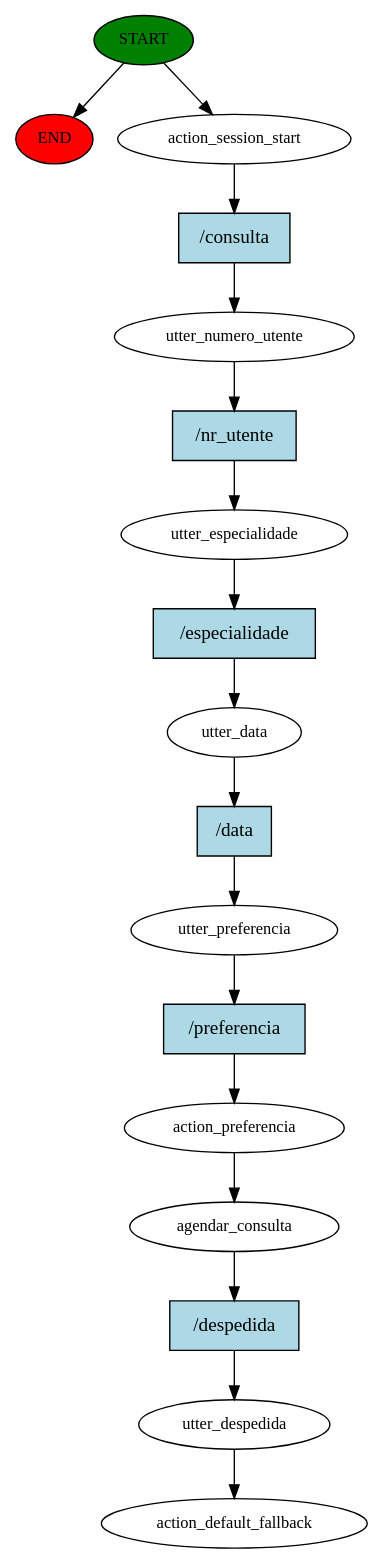
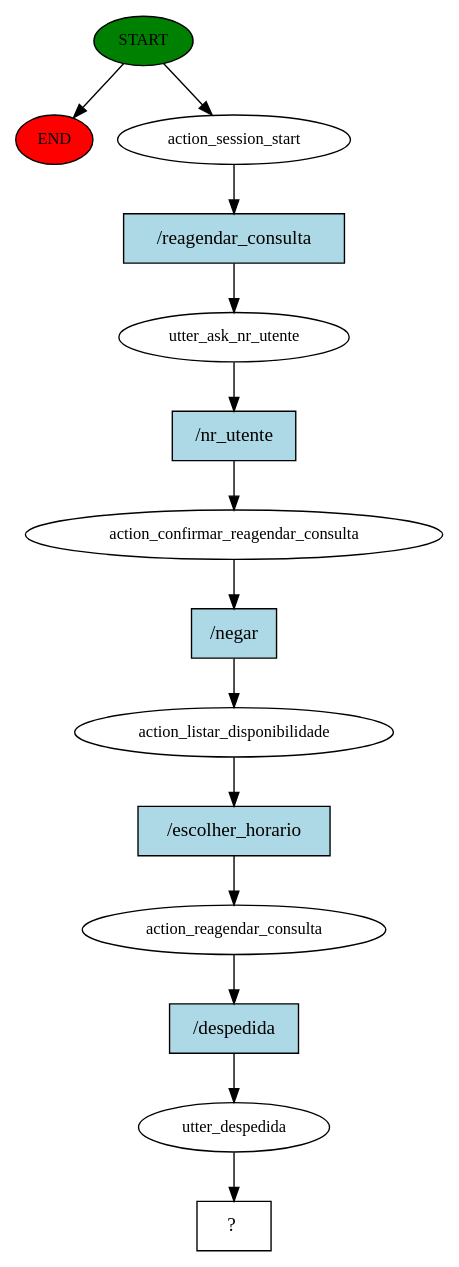
One commit to mariana27oliveira/AmbInt changed the diagram in story_graph.dot. Above: the diagram before and after it, drawn with Graphviz. The commit also changed 596 other files, not shown here.

```diff
--- a/story_graph.dot
+++ b/story_graph.dot
@@ -1,35 +1,29 @@
 digraph  {
 0 [class="start active", fillcolor=green, fontsize=12, label=START, style=filled];
 "-1" [class=end, fillcolor=red, fontsize=12, label=END, style=filled];
 1 [class=active, fontsize=12, label=action_session_start];
-2 [class=active, fontsize=12, label=utter_numero_utente];
-3 [class=active, fontsize=12, label=utter_especialidade];
-4 [class=active, fontsize=12, label=utter_data];
-5 [class=active, fontsize=12, label=utter_preferencia];
-6 [class=active, fontsize=12, label=action_preferencia];
-7 [class=active, fontsize=12, label=agendar_consulta];
-8 [class=active, fontsize=12, label=utter_despedida];
-9 [class="dashed active", fontsize=12, label=action_default_fallback];
-10 [class="intent active", fillcolor=lightblue, label="/consulta", shape=rect, style=filled];
-11 [class="intent active", fillcolor=lightblue, label="/nr_utente", shape=rect, style=filled];
-12 [class="intent active", fillcolor=lightblue, label="/especialidade", shape=rect, style=filled];
-13 [class="intent active", fillcolor=lightblue, label="/data", shape=rect, style=filled];
-14 [class="intent active", fillcolor=lightblue, label="/preferencia", shape=rect, style=filled];
-15 [class="intent active", fillcolor=lightblue, label="/despedida", shape=rect, style=filled];
+2 [class=active, fontsize=12, label=utter_ask_nr_utente];
+3 [class=active, fontsize=12, label=action_confirmar_reagendar_consulta];
+4 [class=active, fontsize=12, label=action_listar_disponibilidade];
+5 [class=active, fontsize=12, label=action_reagendar_consulta];
+6 [class=active, fontsize=12, label=utter_despedida];
+7 [class="intent dashed active", label="  ?  ", shape=rect];
+8 [class="intent active", fillcolor=lightblue, label="/reagendar_consulta", shape=rect, style=filled];
+9 [class="intent active", fillcolor=lightblue, label="/nr_utente", shape=rect, style=filled];
+10 [class="intent active", fillcolor=lightblue, label="/negar", shape=rect, style=filled];
+11 [class="intent active", fillcolor=lightblue, label="/escolher_horario", shape=rect, style=filled];
+12 [class="intent active", fillcolor=lightblue, label="/despedida", shape=rect, style=filled];
 0 -> "-1"  [class="", key=NONE, label=""];
 0 -> 1  [class=active, key=NONE, label=""];
-1 -> 10  [class=active, key=0];
-2 -> 11  [class=active, key=0];
-3 -> 12  [class=active, key=0];
-4 -> 13  [class=active, key=0];
-5 -> 14  [class=active, key=0];
+1 -> 8  [class=active, key=0];
+2 -> 9  [class=active, key=0];
+3 -> 10  [class=active, key=0];
+4 -> 11  [class=active, key=0];
+5 -> 12  [class=active, key=0];
 6 -> 7  [class=active, key=NONE, label=""];
-7 -> 15  [class=active, key=0];
-8 -> 9  [class=active, key=NONE, label=""];
-10 -> 2  [class=active, key=0];
-11 -> 3  [class=active, key=0];
-12 -> 4  [class=active, key=0];
-13 -> 5  [class=active, key=0];
-14 -> 6  [class=active, key=0];
-15 -> 8  [class=active, key=0];
+8 -> 2  [class=active, key=0];
+9 -> 3  [class=active, key=0];
+10 -> 4  [class=active, key=0];
+11 -> 5  [class=active, key=0];
+12 -> 6  [class=active, key=0];
 }
```
